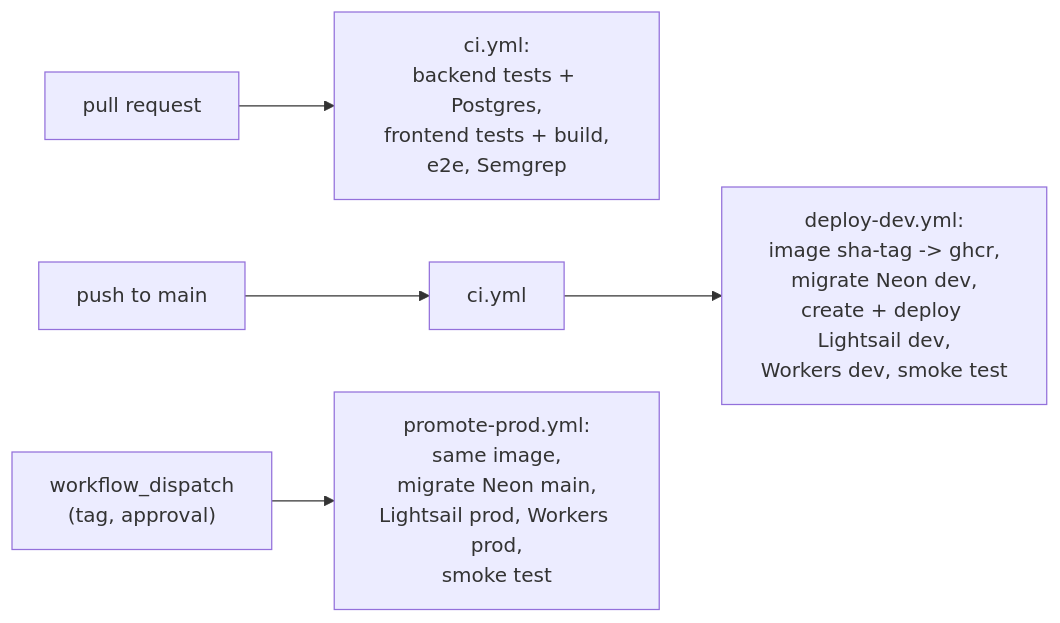
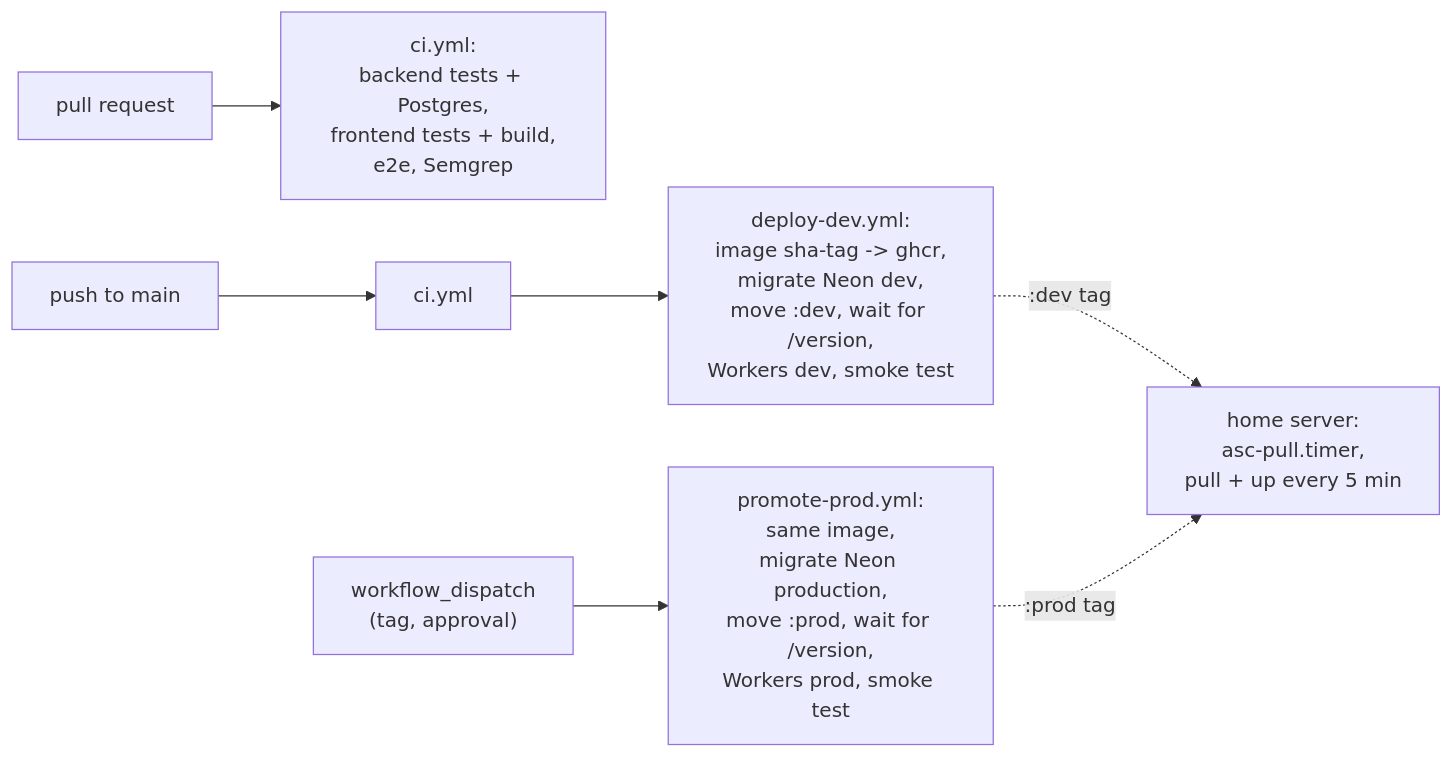
Before and after one commit to vadimvvlasov/anti-scope-creep: the fifth of 5 diagrams in docs/architecture.md, drawn with Mermaid. The commit also changed other lines of this file and 16 other files, not shown here.

````diff
--- a/docs/architecture.md
+++ b/docs/architecture.md
@@ -268,6 +269,8 @@
 ```mermaid
 flowchart LR
     PR["pull request"] --> CI["ci.yml:<br/>backend tests + Postgres,<br/>frontend tests + build,<br/>e2e, Semgrep"]
-    M["push to main"] --> CI2["ci.yml"] --> DEV["deploy-dev.yml:<br/>image sha-tag -> ghcr,<br/>migrate Neon dev,<br/>create + deploy Lightsail dev,<br/>Workers dev, smoke test"]
-    WD["workflow_dispatch<br/>(tag, approval)"] --> PROD["promote-prod.yml:<br/>same image,<br/>migrate Neon main,<br/>Lightsail prod, Workers prod,<br/>smoke test"]
+    M["push to main"] --> CI2["ci.yml"] --> DEV["deploy-dev.yml:<br/>image sha-tag -> ghcr,<br/>migrate Neon dev,<br/>move :dev, wait for /version,<br/>Workers dev, smoke test"]
+    WD["workflow_dispatch<br/>(tag, approval)"] --> PROD["promote-prod.yml:<br/>same image,<br/>migrate Neon production,<br/>move :prod, wait for /version,<br/>Workers prod, smoke test"]
+    DEV -.->|":dev tag"| SRV["home server:<br/>asc-pull.timer,<br/>pull + up every 5 min"]
+    PROD -.->|":prod tag"| SRV
 ```
````
